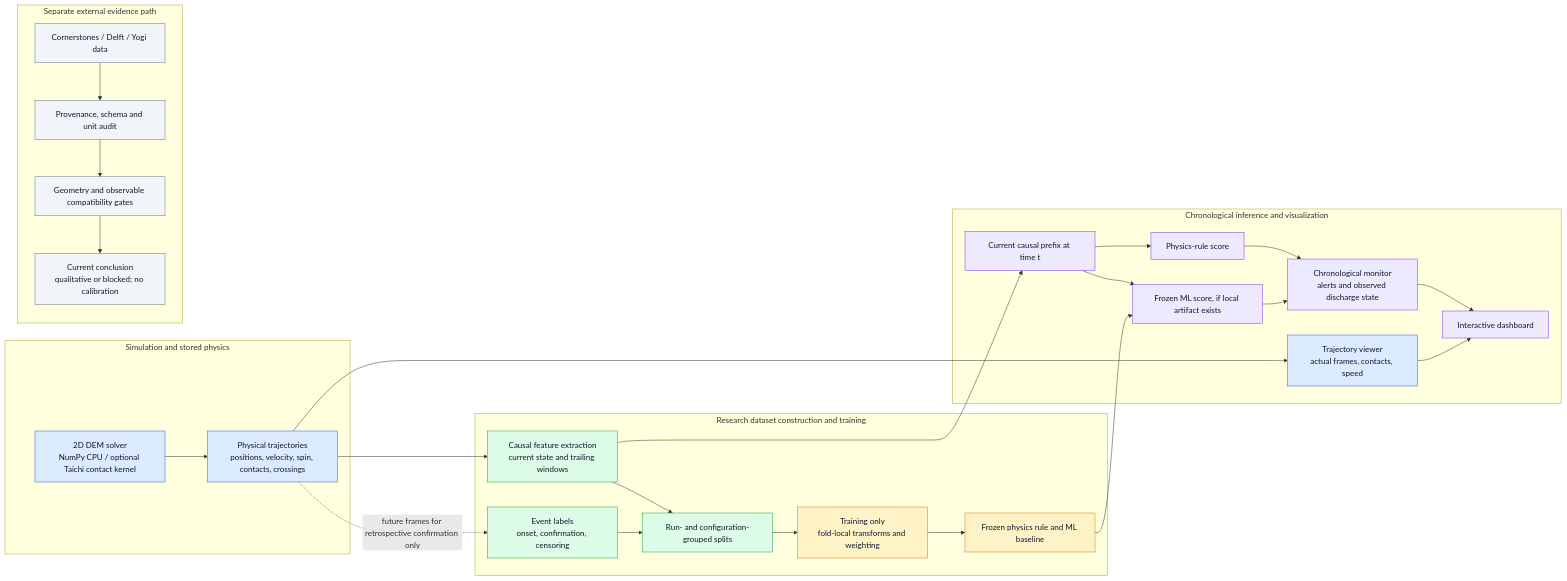
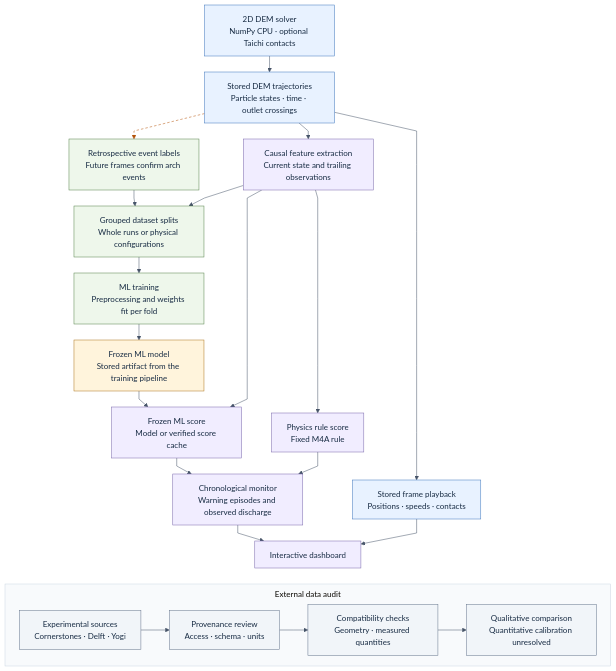
Before and after one commit to Ditt-A/PharmaFlow-2D: the diagram in docs/diagrams/pharmaflow_architecture.mmd, drawn with Mermaid. The commit also changed 1 other file, not shown here.

Commit message:
Clarify system architecture diagram routing

```diff
--- a/docs/diagrams/pharmaflow_architecture.mmd
+++ b/docs/diagrams/pharmaflow_architecture.mmd
@@ -1,35 +1,66 @@
-flowchart LR
-  subgraph SIM[Simulation and stored physics]
-    S[2D DEM solver<br/>NumPy CPU / optional Taichi contact kernel] --> T[Physical trajectories<br/>positions, velocity, spin, contacts, crossings]
+---
+config:
+  theme: base
+  themeVariables:
+    clusterBkg: "#f8fafc"
+    clusterBorder: "#cbd5e1"
+    lineColor: "#475569"
+  flowchart:
+    curve: linear
+    nodeSpacing: 22
+    rankSpacing: 32
+    subGraphTitleMargin:
+      top: 8
+      bottom: 12
+---
+flowchart TB
+  solver["2D DEM solver<br/>NumPy CPU · optional Taichi contacts"]
+  trajectories["Stored DEM trajectories<br/>Particle states · time · outlet crossings"]
+
+  %% Research data and training
+  labels["Retrospective event labels<br/>Future frames confirm arch events"]
+  splits["Grouped dataset splits<br/>Whole runs or physical configurations"]
+  fit["ML training<br/>Preprocessing and weights fit per fold"]
+  model["Frozen ML model<br/>Stored artifact from the training pipeline"]
+  labels --> splits --> fit --> model
+
+  %% Inference and replay
+  features["Causal feature extraction<br/>Current state and trailing observations"]
+  frames["Stored frame playback<br/>Positions · speeds · contacts"]
+  ml["Frozen ML score<br/>Model or verified score cache"]
+  rule["Physics rule score<br/>Fixed M4A rule"]
+  monitor["Chronological monitor<br/>Warning episodes and observed discharge"]
+  dashboard["Interactive dashboard"]
+
+  solver --> trajectories
+  trajectories -.-> labels
+  trajectories --> features
+  trajectories --> frames
+  features --> splits
+  model --> ml
+  features --> ml --> monitor --> dashboard
+  features --> rule --> monitor
+  frames --> dashboard
+
+  subgraph external["External data audit"]
+    direction LR
+    sources["Experimental sources<br/>Cornerstones · Delft · Yogi"]
+    provenance["Provenance review<br/>Access · schema · units"]
+    checks["Compatibility checks<br/>Geometry · measured quantities"]
+    conclusion["Qualitative comparison<br/>Quantitative calibration unresolved"]
+    sources --> provenance --> checks --> conclusion
   end
-  subgraph DATA[Research dataset construction and training]
-    T --> F[Causal feature extraction<br/>current state and trailing windows]
-    T -. future frames for retrospective confirmation only .-> L[Event labels<br/>onset, confirmation, censoring]
-    F --> G[Run- and configuration-grouped splits]
-    L --> G
-    G --> TR[Training only<br/>fold-local transforms and weighting]
-    TR --> MOD[Frozen physics rule and ML baseline]
-  end
-  subgraph ONLINE[Chronological inference and visualization]
-    F --> C[Current causal prefix at time t]
-    C --> R[Physics-rule score]
-    C --> M[Frozen ML score, if local artifact exists]
-    MOD --> M
-    R --> MON[Chronological monitor<br/>alerts and observed discharge state]
-    M --> MON
-    T --> V[Trajectory viewer<br/>actual frames, contacts, speed]
-    MON --> DASH[Interactive dashboard]
-    V --> DASH
-  end
-  subgraph EXT[Separate external evidence path]
-    E[Cornerstones / Delft / Yogi data] --> AUD[Provenance, schema and unit audit]
-    AUD --> GATE[Geometry and observable compatibility gates]
-    GATE --> LIMIT[Current conclusion<br/>qualitative or blocked; no calibration]
-  end
-  classDef sim fill:#dbeafe,stroke:#2563eb,color:#0f172a;
-  classDef data fill:#dcfce7,stroke:#16a34a,color:#0f172a;
-  classDef model fill:#fef3c7,stroke:#d97706,color:#0f172a;
-  classDef online fill:#ede9fe,stroke:#7c3aed,color:#0f172a;
-  classDef ext fill:#f1f5f9,stroke:#64748b,color:#0f172a;
-  class S,T,V sim; class F,L,G data; class TR,MOD model;
-  class C,R,M,MON,DASH online; class E,AUD,GATE,LIMIT ext;
+  %% Invisible layout constraint places the independent audit below the dashboard.
+  dashboard ~~~ external
+
+  classDef simulation fill:#e8f2ff,stroke:#3c75bc,color:#172b43;
+  classDef research fill:#eef7eb,stroke:#54814a,color:#172b43;
+  classDef artifact fill:#fff4dc,stroke:#ac731c,color:#172b43;
+  classDef runtime fill:#f1edff,stroke:#7866aa,color:#172b43;
+  classDef evidence fill:#f1f5f9,stroke:#64748b,color:#172b43;
+  class solver,trajectories,frames simulation;
+  class labels,splits,fit research;
+  class model artifact;
+  class features,ml,rule,monitor,dashboard runtime;
+  class sources,provenance,checks,conclusion evidence;
+  linkStyle 4 stroke:#b45309,stroke-dasharray:5 4;
```
